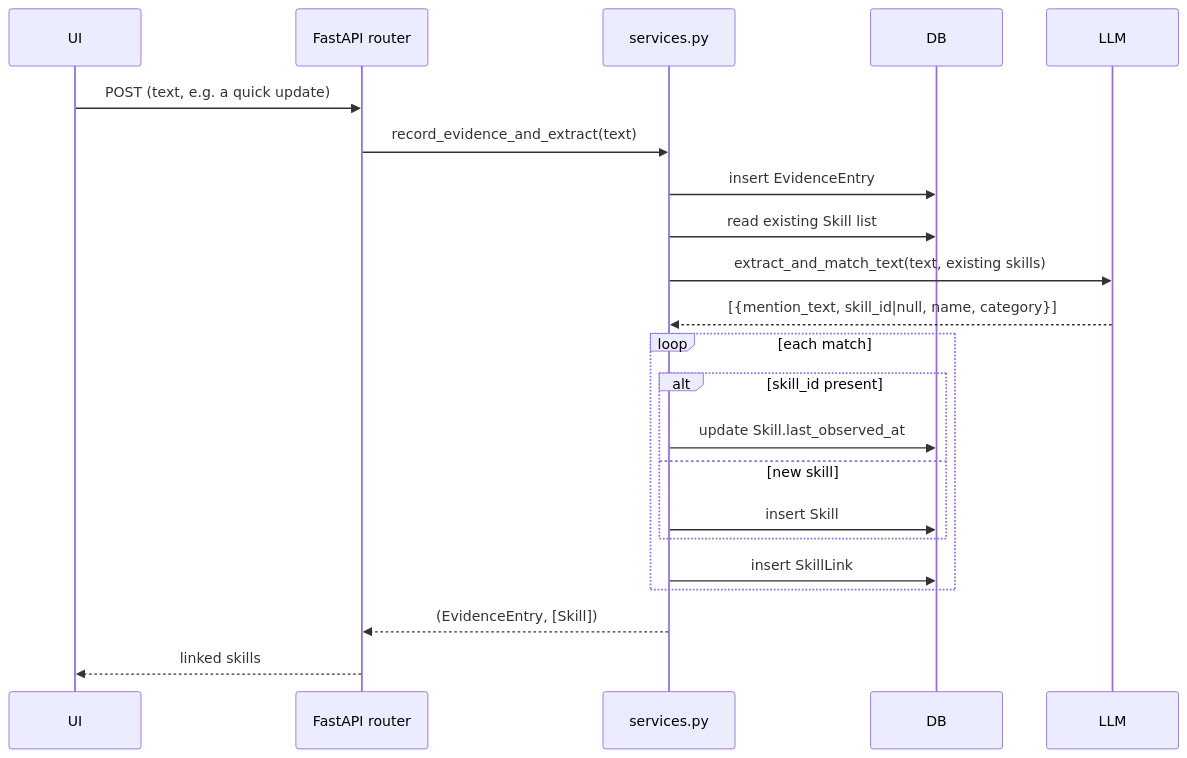
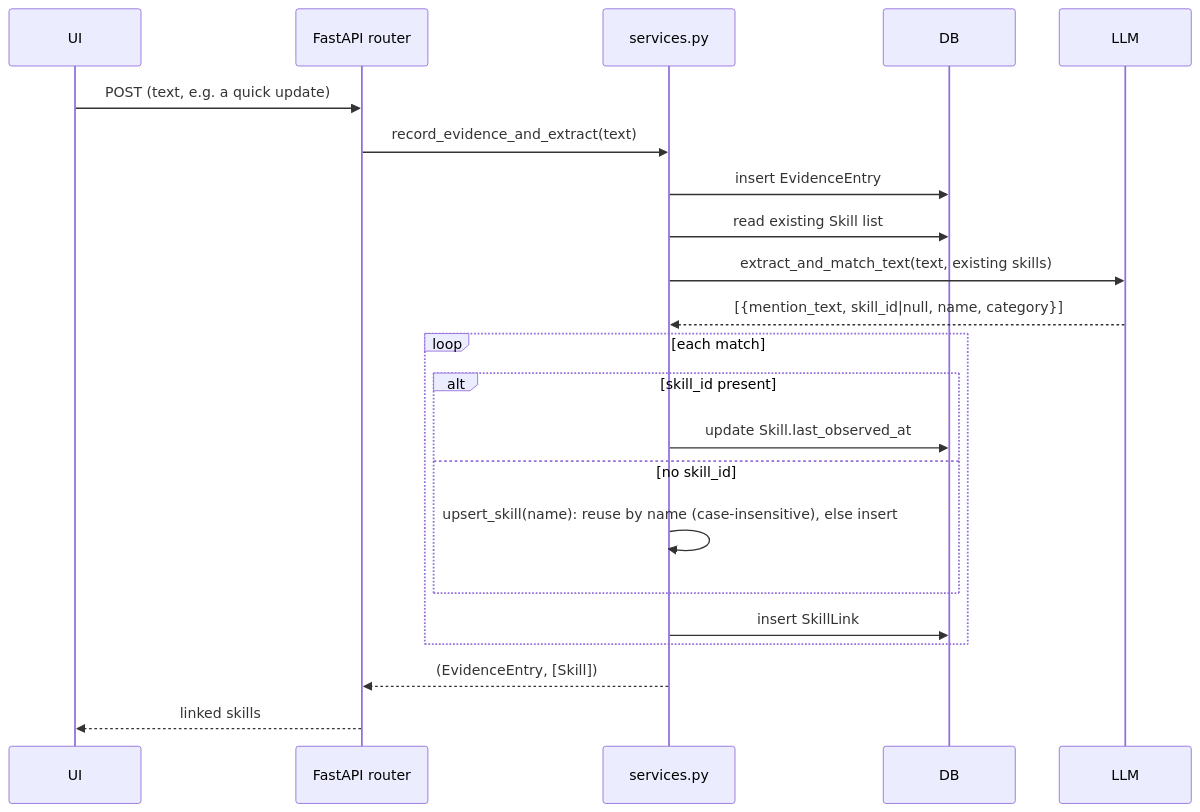
One commit to tkm112345/skillgrowth changed the second of 2 diagrams in docs/ARCHITECTURE.md. Above: the diagram before and after it, drawn with Mermaid. The commit also changed other lines of this file and 5 other files, not shown here.

First line of the commit message:
Fix case-insensitive skill duplicates from LLM extraction matches

````diff
--- a/docs/ARCHITECTURE.md
+++ b/docs/ARCHITECTURE.md
@@ -355,25 +355,25 @@
 ```mermaid
 sequenceDiagram
   participant UI
   participant API as FastAPI router
   participant Svc as services.py
   participant DB
   participant LLM
 
   UI->>API: POST (text, e.g. a quick update)
   API->>Svc: record_evidence_and_extract(text)
   Svc->>DB: insert EvidenceEntry
   Svc->>DB: read existing Skill list
   Svc->>LLM: extract_and_match_text(text, existing skills)
   LLM-->>Svc: [{mention_text, skill_id|null, name, category}]
   loop each match
     alt skill_id present
       Svc->>DB: update Skill.last_observed_at
-    else new skill
-      Svc->>DB: insert Skill
+    else no skill_id
+      Svc->>Svc: upsert_skill(name): reuse by name (case-insensitive), else insert
     end
     Svc->>DB: insert SkillLink
   end
   Svc-->>API: (EvidenceEntry, [Skill])
   API-->>UI: linked skills
 ```
````
